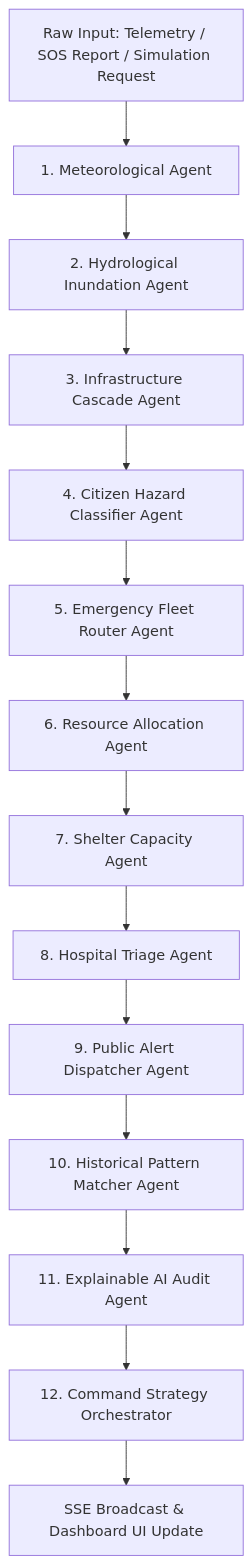
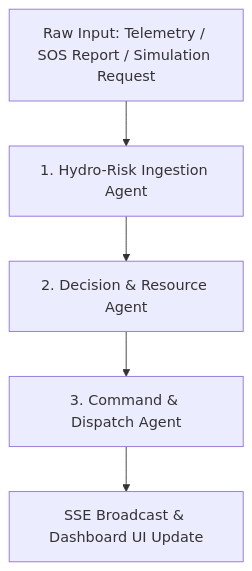
Before and after one commit to goprocker/ResponseSync: the first of 2 diagrams in CODEBASE.md, drawn with Mermaid. The commit also changed other lines of this file and 6 other files, not shown here.

````diff
--- a/CODEBASE.md
+++ b/CODEBASE.md
@@ -98,16 +98,7 @@
 ```mermaid
 graph TD
-    A[Raw Input: Telemetry / SOS Report / Simulation Request] --> B[1. Meteorological Agent]
-    B --> C[2. Hydrological Inundation Agent]
-    C --> D[3. Infrastructure Cascade Agent]
-    D --> E[4. Citizen Hazard Classifier Agent]
-    E --> F[5. Emergency Fleet Router Agent]
-    F --> G[6. Resource Allocation Agent]
-    G --> H[7. Shelter Capacity Agent]
-    H --> I[8. Hospital Triage Agent]
-    I --> J[9. Public Alert Dispatcher Agent]
-    J --> K[10. Historical Pattern Matcher Agent]
-    K --> L[11. Explainable AI Audit Agent]
-    L --> M[12. Command Strategy Orchestrator]
-    M --> N[SSE Broadcast & Dashboard UI Update]
+    A[Raw Input: Telemetry / SOS Report / Simulation Request] --> B[1. Hydro-Risk Ingestion Agent]
+    B --> C[2. Decision & Resource Agent]
+    C --> D[3. Command & Dispatch Agent]
+    D --> E[SSE Broadcast & Dashboard UI Update]
 ```
````
